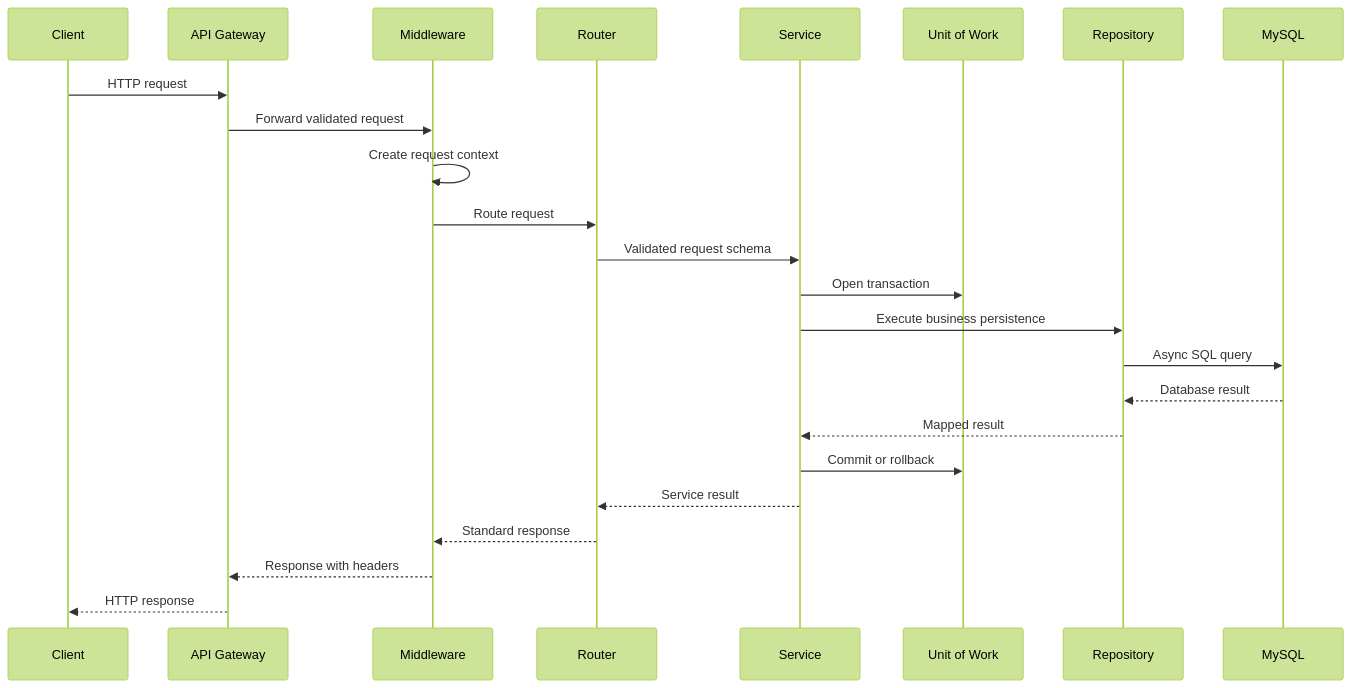
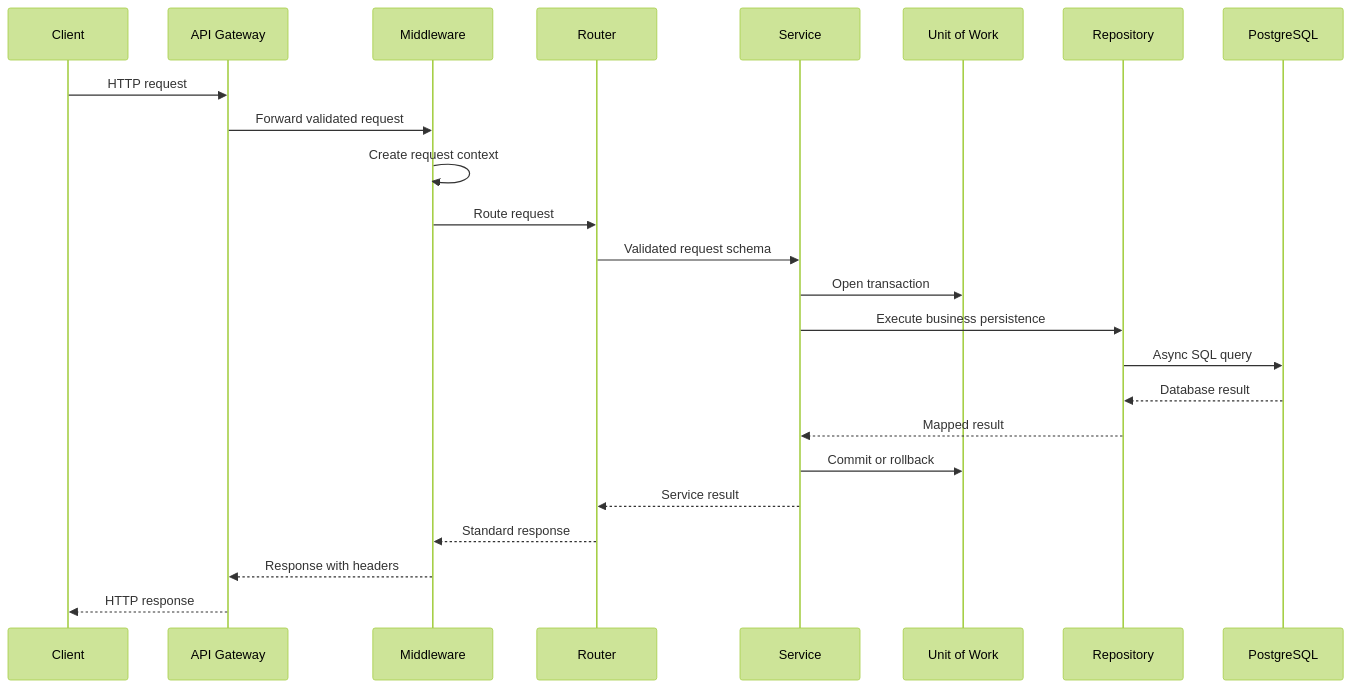
One commit to shiladityamajumder/fastapi-production-boilerplate changed the second of 18 diagrams in Architecture.md. Above: the diagram before and after it, drawn with Mermaid (forest theme). The commit also changed other lines of this file and 25 other files, not shown here.

Commit message:
feat(db): establish PostgreSQL and Alembic foundation with Docker support and tests

````diff
--- a/Architecture.md
+++ b/Architecture.md
@@ -108,27 +108,27 @@
 ```mermaid
 sequenceDiagram
     participant C as Client
     participant G as API Gateway
     participant M as Middleware
     participant R as Router
     participant S as Service
     participant U as Unit of Work
     participant P as Repository
-    participant D as MySQL
+    participant D as PostgreSQL
 
     C->>G: HTTP request
     G->>M: Forward validated request
     M->>M: Create request context
     M->>R: Route request
     R->>S: Validated request schema
     S->>U: Open transaction
     S->>P: Execute business persistence
     P->>D: Async SQL query
     D-->>P: Database result
     P-->>S: Mapped result
     S->>U: Commit or rollback
     S-->>R: Service result
     R-->>M: Standard response
     M-->>G: Response with headers
     G-->>C: HTTP response
 ```
````
